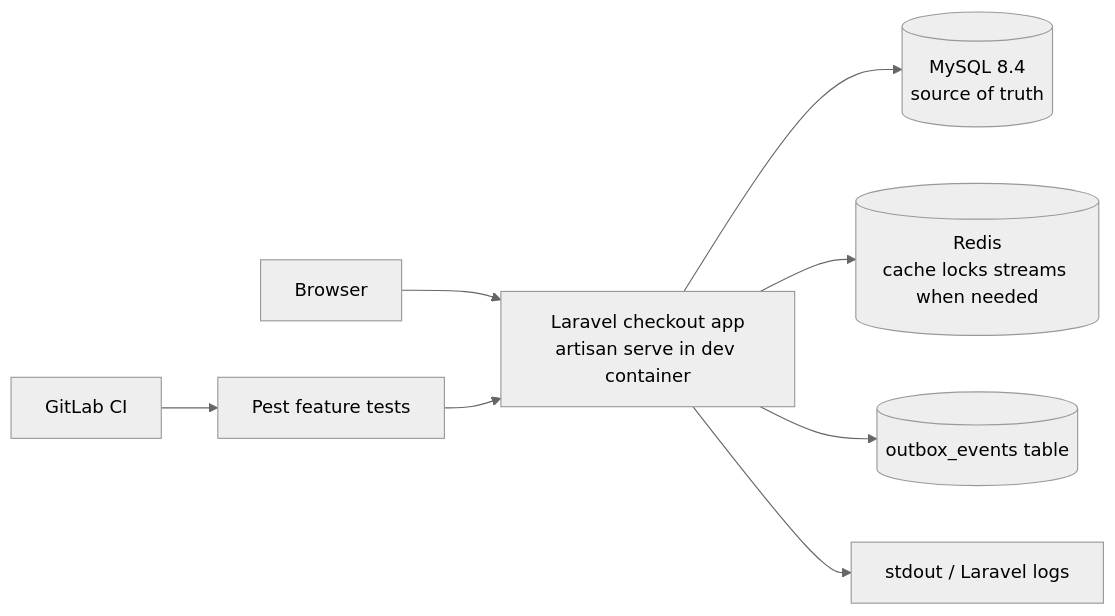
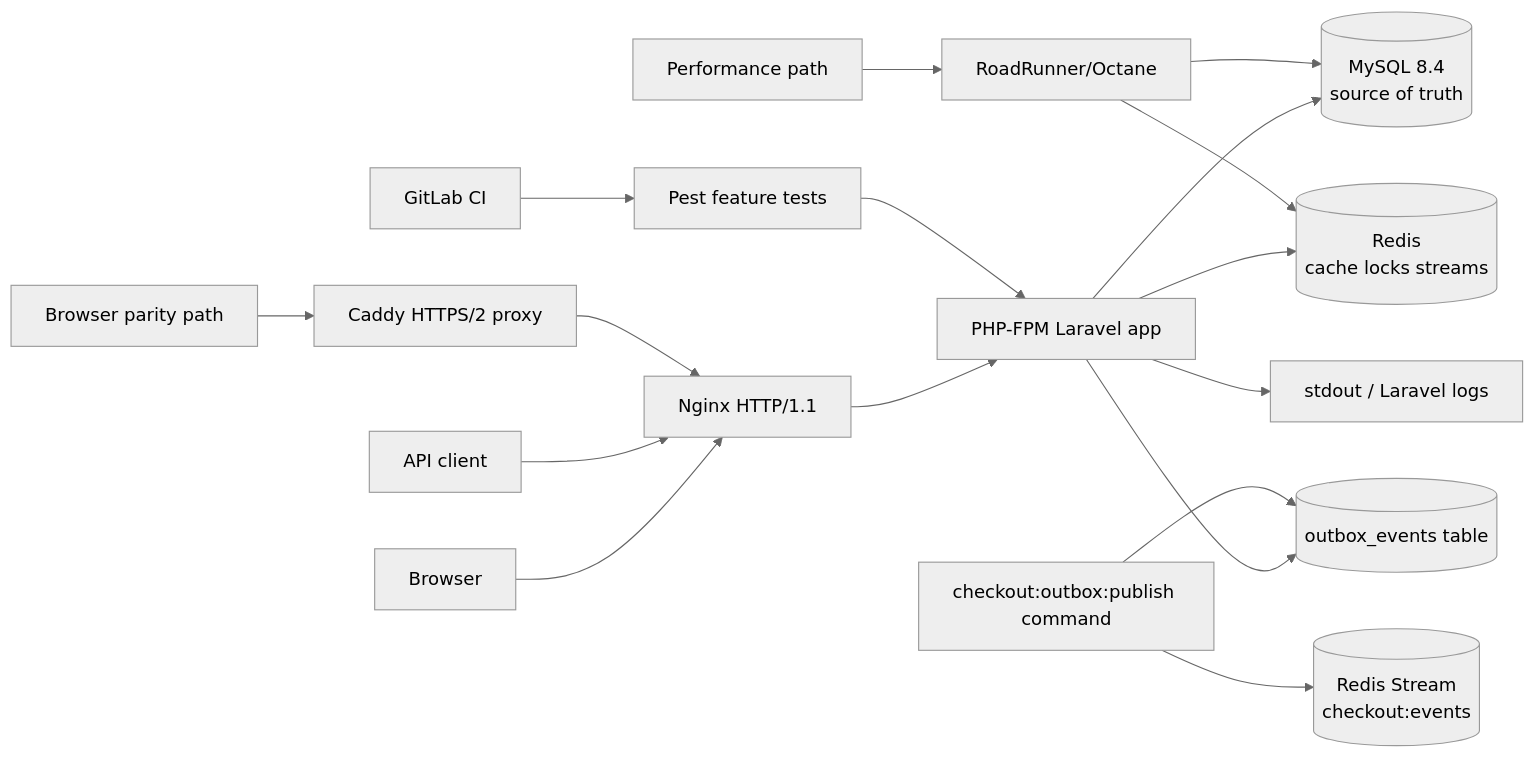
Before and after one commit to ankit-singhal87/checkout-orchestration-service: the first of 2 diagrams in docs/human/architecture/containers.md, drawn with Mermaid (neutral theme). The commit also changed other lines of this file and 30 other files, not shown here.

````diff
--- a/docs/human/architecture/containers.md
+++ b/docs/human/architecture/containers.md
@@ -5,10 +5,19 @@
 ```mermaid
 flowchart LR
-  Browser[Browser] --> Laravel[Laravel checkout app\nartisan serve in dev container]
-  Laravel --> MySQL[(MySQL 8.4\nsource of truth)]
-  Laravel --> Redis[(Redis\ncache locks streams when needed)]
-  Laravel --> Outbox[(outbox_events table)]
-  Laravel --> Stdout[stdout / Laravel logs]
-  Tests[Pest feature tests] --> Laravel
+  Browser[Browser] --> Nginx[Nginx HTTP/1.1]
+  ApiClient[API client] --> Nginx
+  Nginx --> Fpm[PHP-FPM Laravel app]
+  BrowserParity[Browser parity path] --> Proxy[Caddy HTTPS/2 proxy]
+  Proxy --> Nginx
+  BrowserPerf[Performance path] --> RoadRunner[RoadRunner/Octane]
+  Fpm --> MySQL[(MySQL 8.4\nsource of truth)]
+  Fpm --> Redis[(Redis\ncache locks streams)]
+  RoadRunner --> MySQL
+  RoadRunner --> Redis
+  Fpm --> Outbox[(outbox_events table)]
+  Publisher[checkout:outbox:publish command] --> Outbox
+  Publisher --> RedisStream[(Redis Stream\ncheckout:events)]
+  Fpm --> Stdout[stdout / Laravel logs]
+  Tests[Pest feature tests] --> Fpm
   GitLab[GitLab CI] --> Tests
 ```
````
